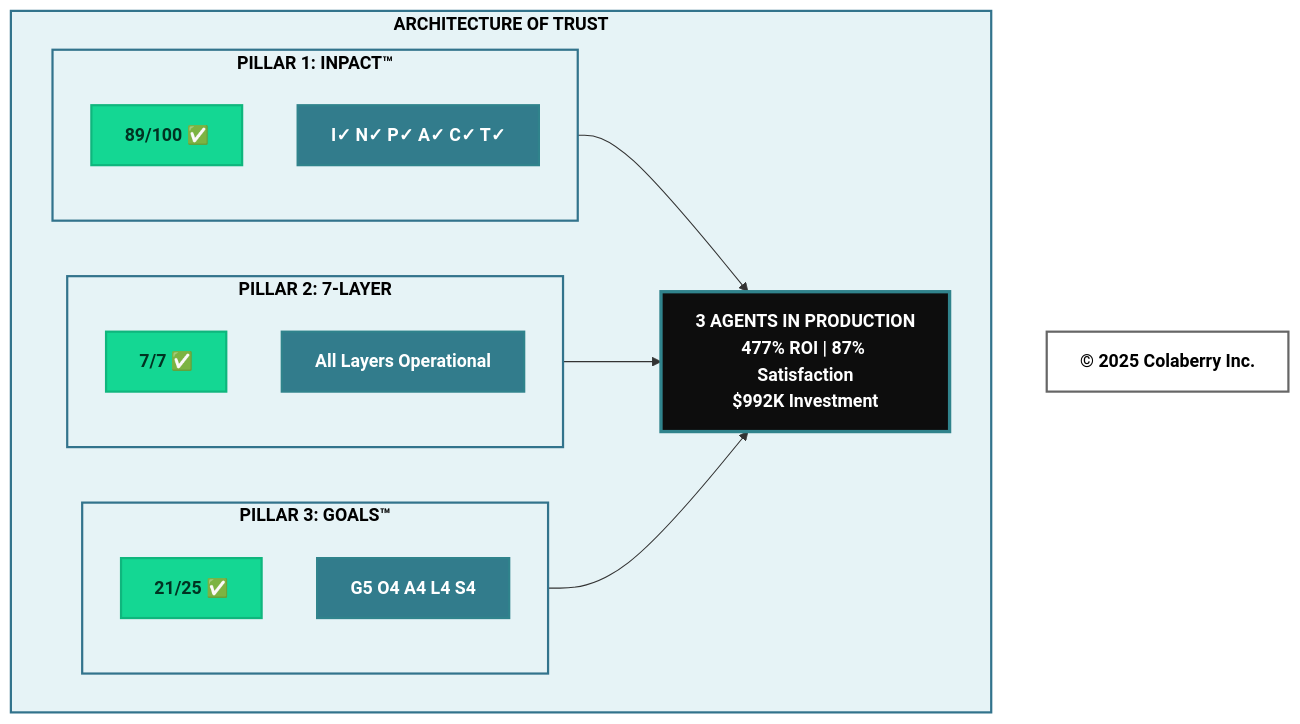
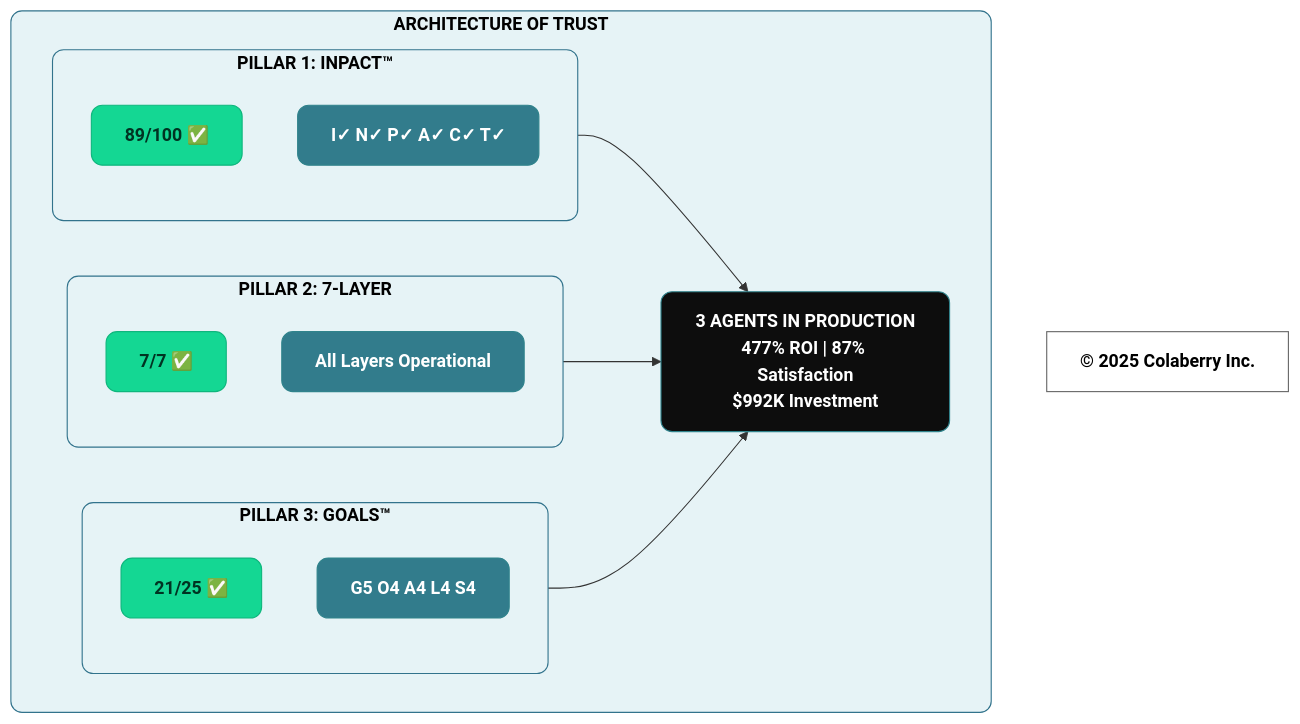
The tenth of 11 diagrams in manuscript/09_chapter_8_architecture_of_trust_in_action.md (colaberry/trust-before-intelligence-book), drawn with Mermaid before and after one commit. The commit also changed other lines of this file and 12 other files, not shown here.

````diff
--- a/manuscript/09_chapter_8_architecture_of_trust_in_action.md
+++ b/manuscript/09_chapter_8_architecture_of_trust_in_action.md
@@ -1025,40 +1025,40 @@
 ```mermaid
 graph TB
     subgraph COMPLETE["<b>ARCHITECTURE OF TRUST</b>"]
         subgraph P1["<b>PILLAR 1: INPACT™</b>"]
             I1["<b>89/100 ✅</b>"]
             I2["<b>I✓ N✓ P✓ A✓ C✓ T✓</b>"]
         end
         
         subgraph P2["<b>PILLAR 2: 7-LAYER</b>"]
             L1["<b>7/7 ✅</b>"]
             L2["<b>All Layers Operational</b>"]
         end
         
         subgraph P3["<b>PILLAR 3: GOALS™</b>"]
             G1["<b>21/25 ✅</b>"]
             G2["<b>G5 O4 A4 L4 S4</b>"]
         end
         
         RESULT["<b>3 AGENTS IN PRODUCTION</b><br/><b>477% ROI | 87% Satisfaction</b><br/><b>$992K Investment</b>"]
     end
     
     P1 --> RESULT
     P2 --> RESULT
     P3 --> RESULT
     
-    style COMPLETE fill:#E6F3F6,stroke:#32738C,stroke-width:2px,color:#000000
-    style P1 fill:#E6F3F6,stroke:#32738C,stroke-width:2px,color:#000000
-    style P2 fill:#E6F3F6,stroke:#32738C,stroke-width:2px,color:#000000
-    style P3 fill:#E6F3F6,stroke:#32738C,stroke-width:2px,color:#000000
-    style I1 fill:#14D793,stroke:#0FB67D,stroke-width:2px,color:#003322
-    style L1 fill:#14D793,stroke:#0FB67D,stroke-width:2px,color:#003322
-    style G1 fill:#14D793,stroke:#0FB67D,stroke-width:2px,color:#003322
-    style I2 fill:#327C8C,stroke:#30838C,stroke-width:2px,color:#ffffff
-    style L2 fill:#327C8C,stroke:#30838C,stroke-width:2px,color:#ffffff
-    style G2 fill:#327C8C,stroke:#30838C,stroke-width:2px,color:#ffffff
-    style RESULT fill:#0D0D0D,stroke:#30838C,stroke-width:3px,color:#ffffff
+    style COMPLETE fill:#E6F3F6,stroke:#32738C,stroke-width:1px,color:#000000,rx:10,ry:10
+    style P1 fill:#E6F3F6,stroke:#32738C,stroke-width:1px,color:#000000,rx:10,ry:10
+    style P2 fill:#E6F3F6,stroke:#32738C,stroke-width:1px,color:#000000,rx:10,ry:10
+    style P3 fill:#E6F3F6,stroke:#32738C,stroke-width:1px,color:#000000,rx:10,ry:10
+    style I1 fill:#14D793,stroke:#0FB67D,stroke-width:1px,color:#003322,rx:10,ry:10
+    style L1 fill:#14D793,stroke:#0FB67D,stroke-width:1px,color:#003322,rx:10,ry:10
+    style G1 fill:#14D793,stroke:#0FB67D,stroke-width:1px,color:#003322,rx:10,ry:10
+    style I2 fill:#327C8C,stroke:#30838C,stroke-width:1px,color:#ffffff,rx:10,ry:10
+    style L2 fill:#327C8C,stroke:#30838C,stroke-width:1px,color:#ffffff,rx:10,ry:10
+    style G2 fill:#327C8C,stroke:#30838C,stroke-width:1px,color:#ffffff,rx:10,ry:10
+    style RESULT fill:#0D0D0D,stroke:#30838C,stroke-width:1px,color:#ffffff,rx:10,ry:10
     
     Copyright["<b>© 2025 Colaberry Inc.</b>"]
-    style Copyright fill:#ffffff,stroke:#666666,stroke-width:2px,color:#000000
+    style Copyright fill:none,stroke:#666666,stroke-width:1px,color:#000000
 ```
````
